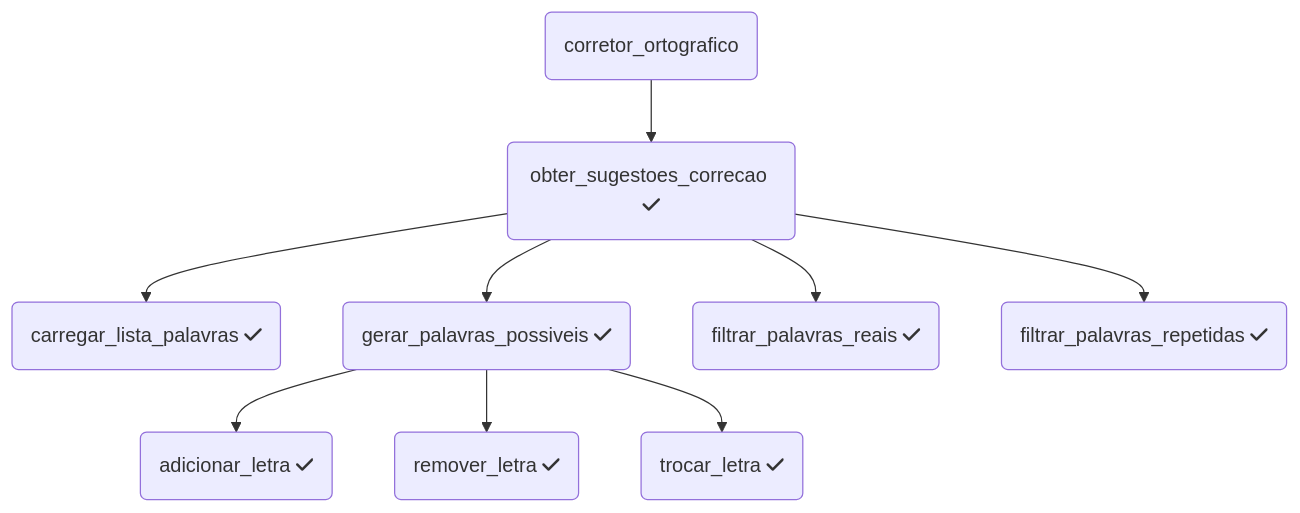
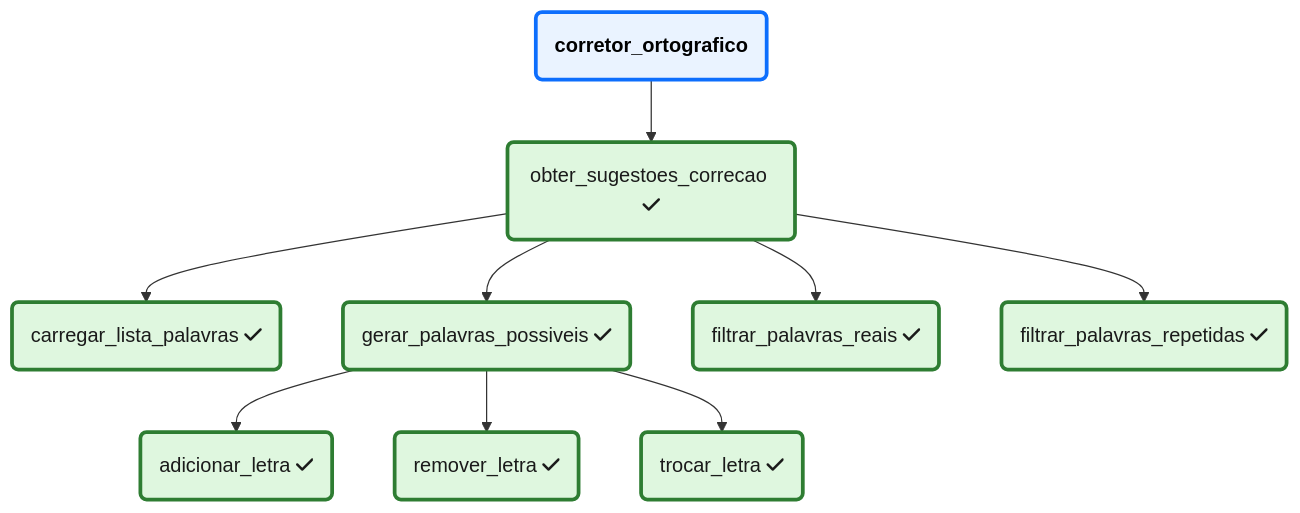
Before and after one commit to ufla-pasia/pasia-slides: diagram 11 of 11 in aula_t4.qmd, drawn with Mermaid. The commit also changed other lines of this file and 2 other files, not shown here.

Commit message:
t4: melhorias diagramas e outros

````diff
--- a/aula_t4.qmd
+++ b/aula_t4.qmd
@@ -927,11 +1000,24 @@
 ```{mermaid}
 flowchart TD
   A(corretor_ortografico) --> B(obter_sugestoes_correcao fa:fa-check)
   B --> C1(carregar_lista_palavras fa:fa-check)
   B --> C2(gerar_palavras_possiveis fa:fa-check)
   C2 --> D1(adicionar_letra fa:fa-check)
   C2 --> D2(remover_letra fa:fa-check)
   C2 --> D3(trocar_letra fa:fa-check)
   B --> C3(filtrar_palavras_reais fa:fa-check)
   B --> C4(filtrar_palavras_repetidas fa:fa-check)
+
+  classDef Concluido fill:#dff7df,stroke:#2e7d32,stroke-width:3px,color:#1a1a1a;
+  class C1 Concluido;
+  class D1 Concluido;
+  class D2 Concluido;
+  class D3 Concluido;
+  class C2 Concluido;
+  class C3 Concluido;
+  class C4 Concluido;
+  class B Concluido;
+
+  classDef Foco fill:#eaf3ff,stroke:#0d6efd,stroke-width:3px,color:#000,font-weight:bold  
+  class A Foco;  
 ```
````
